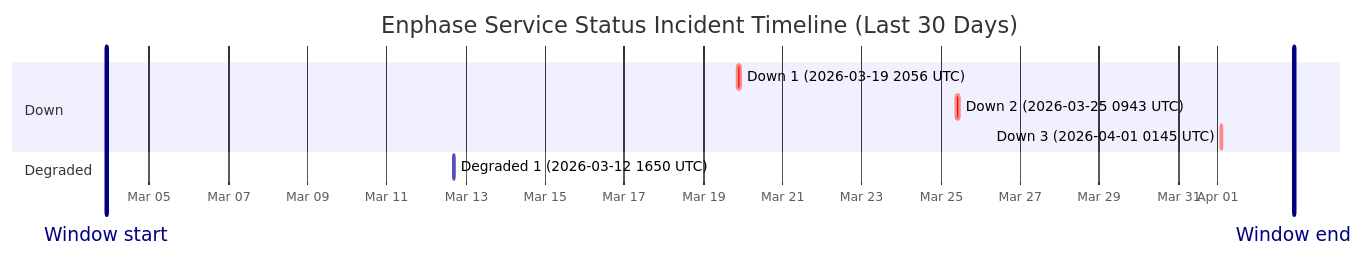
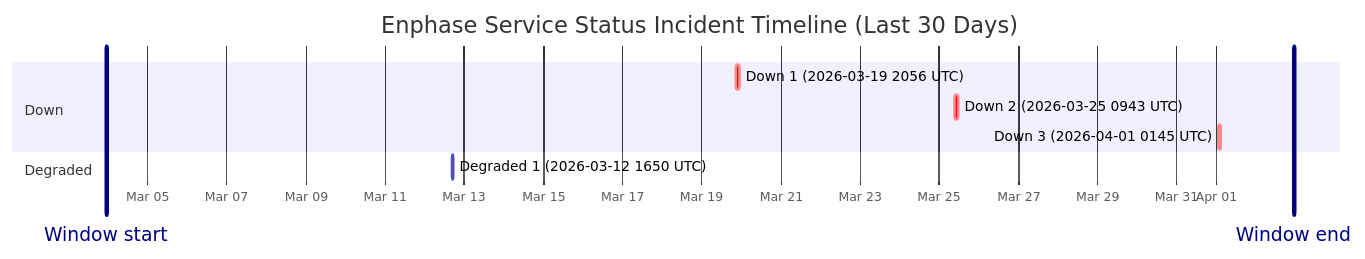
Before and after one commit to barneyonline/ha-enphase-ev-charger: the diagram in wiki/Service-Status-History.md, drawn with Mermaid. The commit also changed other lines of this file and 3 other files, not shown here.

````diff
--- a/wiki/Service-Status-History.md
+++ b/wiki/Service-Status-History.md
@@ -14,14 +14,14 @@
 ```mermaid
 gantt
     title Enphase Service Status Incident Timeline (Last 30 Days)
     dateFormat  YYYY-MM-DDTHH:mm:ss
     axisFormat  %b %d
-    Window start :vert, window-start, 2026-03-03T22:00:57, 0ms
-    Window end :vert, window-end, 2026-04-02T22:00:57, 0ms
+    Window start :vert, window-start, 2026-03-03T22:58:45, 0ms
+    Window end :vert, window-end, 2026-04-02T22:58:45, 0ms
     section Down
     Down 1 (2026-03-19 2056 UTC) :crit, down-1, 2026-03-19T20:56:20, 145m
     Down 2 (2026-03-25 0943 UTC) :crit, down-2, 2026-03-25T09:43:28, 111m
     Down 3 (2026-04-01 0145 UTC) :crit, down-3, 2026-04-01T01:45:09, 60m
     section Degraded
     Degraded 1 (2026-03-12 1650 UTC) :active, degraded-1, 2026-03-12T16:50:43, 60m
 ```
````
